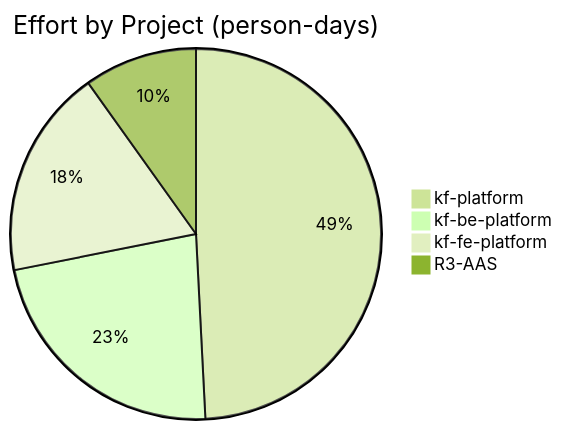
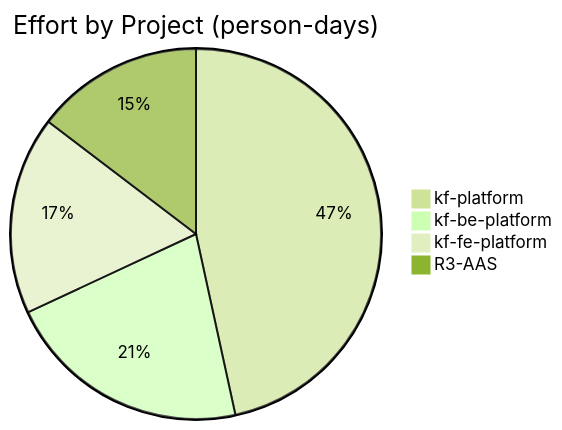
The first of 6 diagrams in docs/unified-calendar.md (Katty-Fashion/kf-cpto), drawn with Mermaid (forest theme) before and after one commit. The commit also changed other lines of this file and 12 other files, not shown here.

````diff
--- a/docs/unified-calendar.md
+++ b/docs/unified-calendar.md
@@ -10,7 +10,7 @@
 ```mermaid
 pie title Effort by Project (person-days)
     "kf-platform" : 167.0
     "kf-be-platform" : 77.0
     "kf-fe-platform" : 62.0
-    "R3-AAS" : 33.5
+    "R3-AAS" : 52.5
 ```
````
